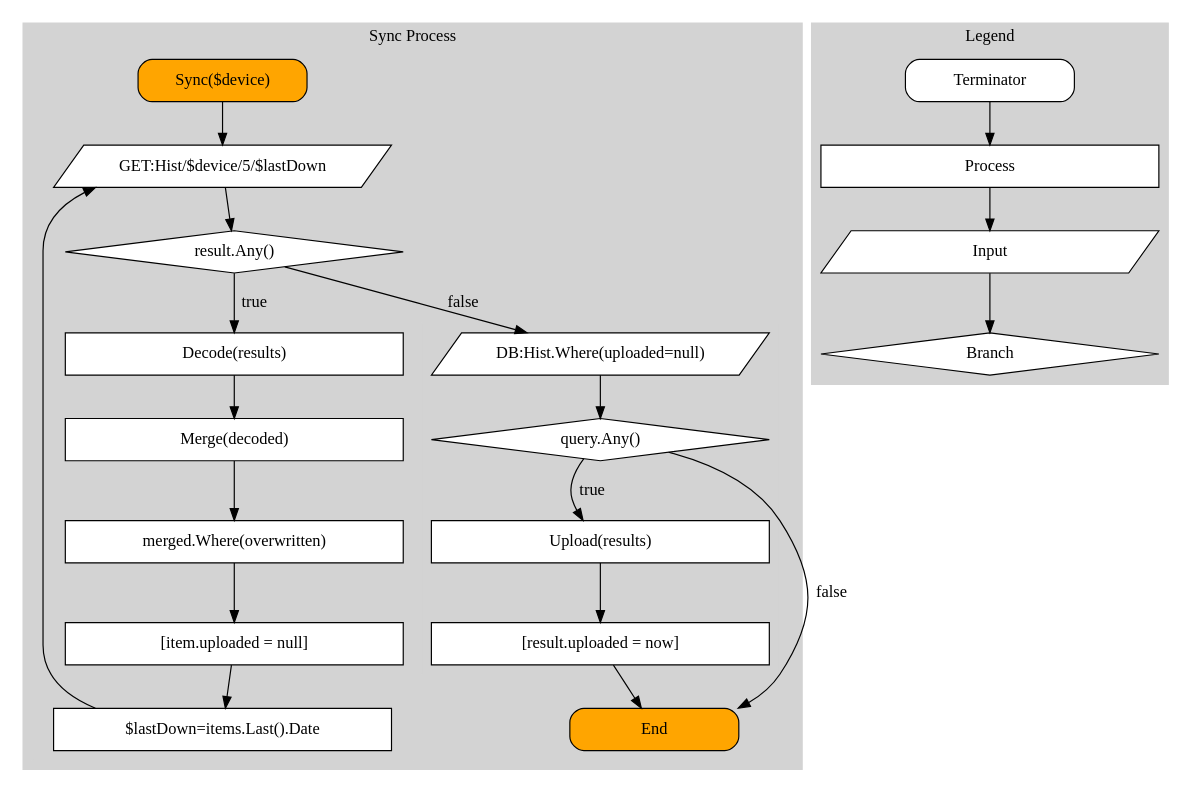
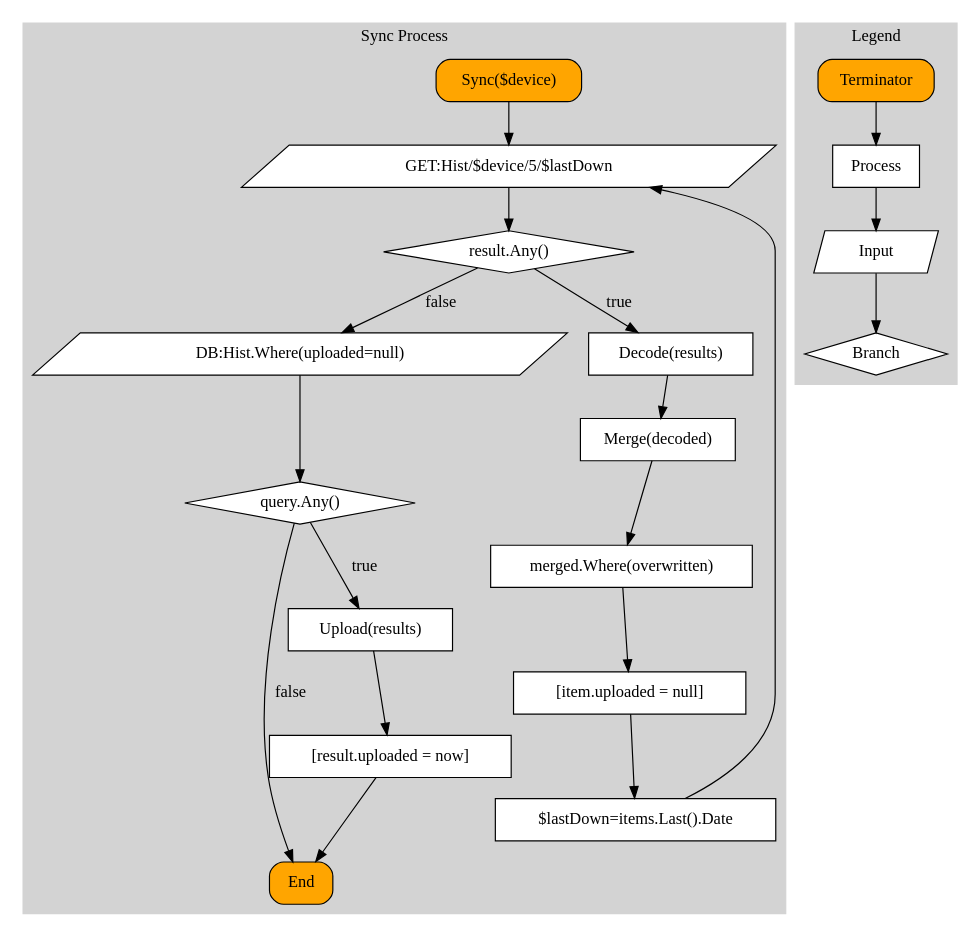
Before and after one commit to quickbird-uk/QuickbirdUWPDashboard: the diagram in design/sync2.dot, drawn with Graphviz. The commit also changed 1 other file, not shown here.

Commit message:
re #133 flowchart

```diff
--- a/design/sync2.dot
+++ b/design/sync2.dot
@@ -1,81 +1,76 @@
 digraph G {
     # Defaults
     graph[fontname="consolas"];
     edge[fontname="consolas"];
-    node[style="filled", fillcolor="white", fontname="consolas", fixedsize="true", width="4"];
+    node[style="filled", fillcolor="white", fontname="consolas"] ;
 
     subgraph cluster0 {
         label="Sync Process";
         style="filled";
         color="lightgray";
 
         # Terminators
-        node[shape=box, style="rounded,filled", fillcolor="orange", width="2"];
+        node[shape=box, style="rounded,filled", fillcolor="orange"];
         start[label="Sync($device)"];
         end[label="End"];
-        #abort[label="Abort", fillcolor="red"];
  
         {rank=source; start}
         {rank=sink; end}
 
         # Reset defaults
-        node[fillcolor="white", width="4", style="filled"]
+        node[fillcolor="white", style="filled"]
         
         # Inputs
         node[shape="polygon", sides="4", skew="0.2"]
         request[label="GET:Hist/$device/5/$lastDown"]
         histNullUploaded[label="DB:Hist.Where(uploaded=null)"]
 
         # Processes
         node[shape="box"]
         decode[label="Decode(results)"]
         merge[label="Merge(decoded)"]
         lastDownUpd[label="$lastDown=items.Last().Date"]
         setUpdNull[label="[item.uploaded = null]"]
         uploadData[label="Upload(results)"]
         itemOverwritten[label="merged.Where(overwritten)"]
         setUploaded[label="[result.uploaded = now]"]
 
         # Branches
         node[shape="diamond"]
         reqAny[label="result.Any()"]
         nullUploadAny[label="query.Any()"]
 
         # Relationships
         node[shape="box"]
         
         start -> request -> reqAny
 
-        subgraph clusterAreItems {
-            label=""
-            reqAny -> decode[label="true"]
-            decode -> merge -> itemOverwritten
-            itemOverwritten -> setUpdNull
-            setUpdNull -> lastDownUpd
-            lastDownUpd -> request 
-        }
-        subgraph clusterNoItems{
-            label=""
-            reqAny -> histNullUploaded[label="false"]
-            histNullUploaded -> nullUploadAny
-            nullUploadAny -> uploadData[label="true"]
-            uploadData -> setUploaded
-        }
+        reqAny -> decode[label="true"]
+        reqAny -> histNullUploaded[label="false"]
+
+        decode -> merge -> itemOverwritten
+        itemOverwritten -> setUpdNull
+        setUpdNull -> lastDownUpd
+        lastDownUpd -> request 
+
+        histNullUploaded -> nullUploadAny
+        nullUploadAny -> uploadData[label="true"]
+        uploadData -> setUploaded
 
         nullUploadAny -> end[label="false"]
         setUploaded -> end
     }
 
     subgraph clusterlegend{ 
         label="Legend"
         style="filled";
         color="lightgray";
 
-        Terminator[shape="box", style="rounded, filled", width="2"];
+        Terminator[shape="box", style="rounded, filled", fillcolor="orange"];
         Process[shape="box"];
         Input[shape="polygon", sides="4", skew="0.2"];
         Branch[shape="diamond"];
 
         Terminator -> Process -> Input -> Branch;
     }
 }
```
